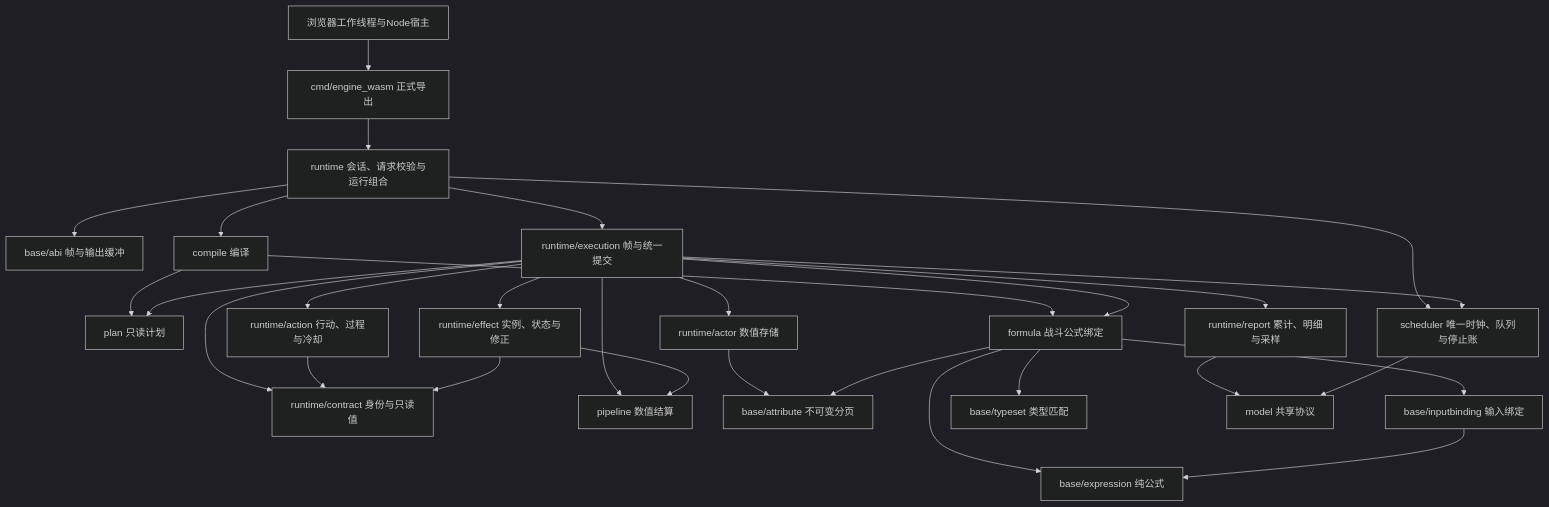
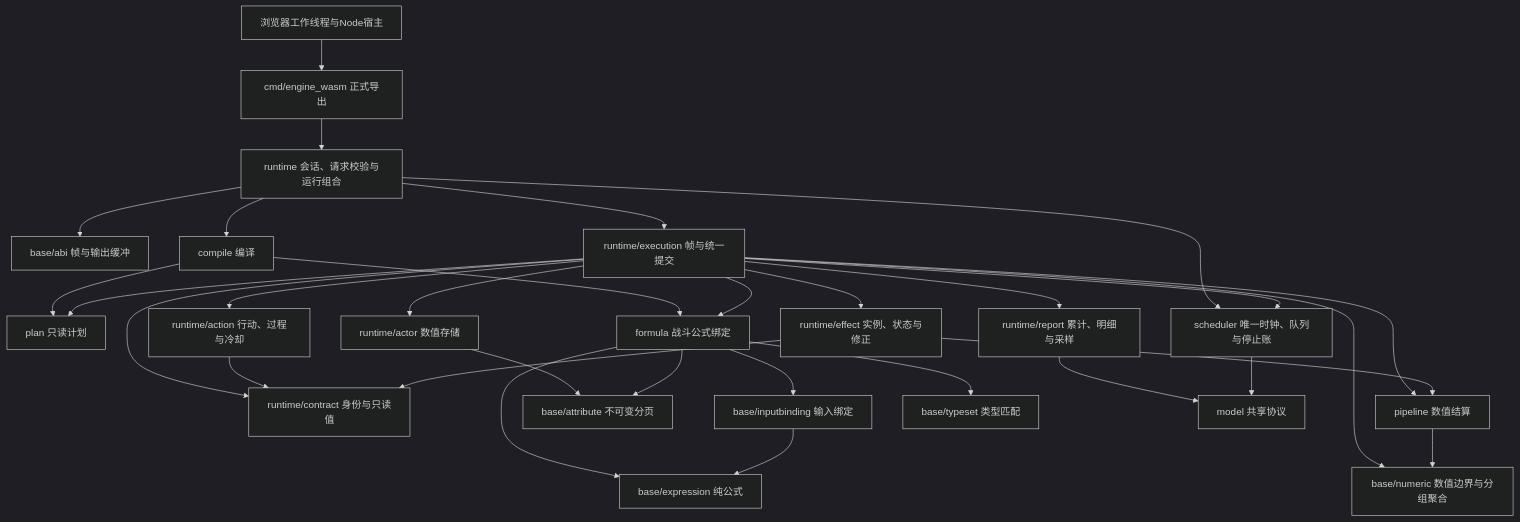
One commit to JeanbartBiubiu/damage_viewer_project_planning changed the first of 4 diagrams in wasm/tinygo_engine_v2/ARCHITECTURE.md. Above: the diagram before and after it, drawn with Mermaid (dark theme). The commit also changed 19 other files, not shown here.

````diff
--- a/wasm/tinygo_engine_v2/ARCHITECTURE.md
+++ b/wasm/tinygo_engine_v2/ARCHITECTURE.md
@@ -9,50 +9,53 @@
 ```mermaid
 graph TD
     Host["浏览器工作线程与Node宿主"]
     Exports["cmd/engine_wasm 正式导出"]
     Root["runtime 会话、请求校验与运行组合"]
     ABI["base/abi 帧与输出缓冲"]
     Compile["compile 编译"]
     Plan["plan 只读计划"]
     Engine["runtime/execution 帧与统一提交"]
     Loop["scheduler 唯一时钟、队列与停止账"]
     Actor["runtime/actor 数值存储"]
     Action["runtime/action 行动、过程与冷却"]
     Effect["runtime/effect 实例、状态与修正"]
     Report["runtime/report 累计、明细与采样"]
     Contract["runtime/contract 身份与只读值"]
     Formula["formula 战斗公式绑定"]
     Pipeline["pipeline 数值结算"]
     Attribute["base/attribute 不可变分页"]
     Pure["base/expression 纯公式"]
     Binding["base/inputbinding 输入绑定"]
+    Numeric["base/numeric 数值边界与分组聚合"]
     Types["base/typeset 类型匹配"]
     Model["model 共享协议"]
     Host --> Exports --> Root
     Root --> ABI
     Root --> Compile
     Root --> Engine
     Root --> Loop
     Compile --> Plan
     Compile --> Formula
     Engine --> Plan
     Engine --> Loop
     Engine --> Actor
     Engine --> Action
     Engine --> Effect
     Engine --> Report
     Engine --> Contract
     Engine --> Formula
     Engine --> Pipeline
+    Engine --> Numeric
+    Pipeline --> Numeric
     Actor --> Attribute
     Action --> Contract
     Effect --> Contract
     Effect --> Pipeline
     Report --> Model
     Loop --> Model
     Formula --> Attribute
     Formula --> Pure
     Formula --> Binding
     Formula --> Types
     Binding --> Pure
 ```
````
